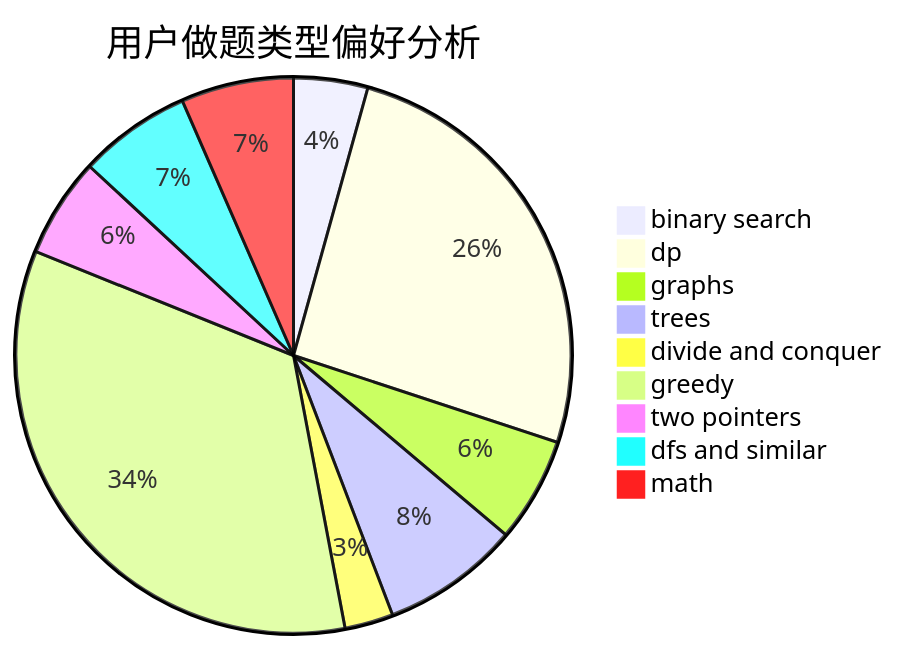
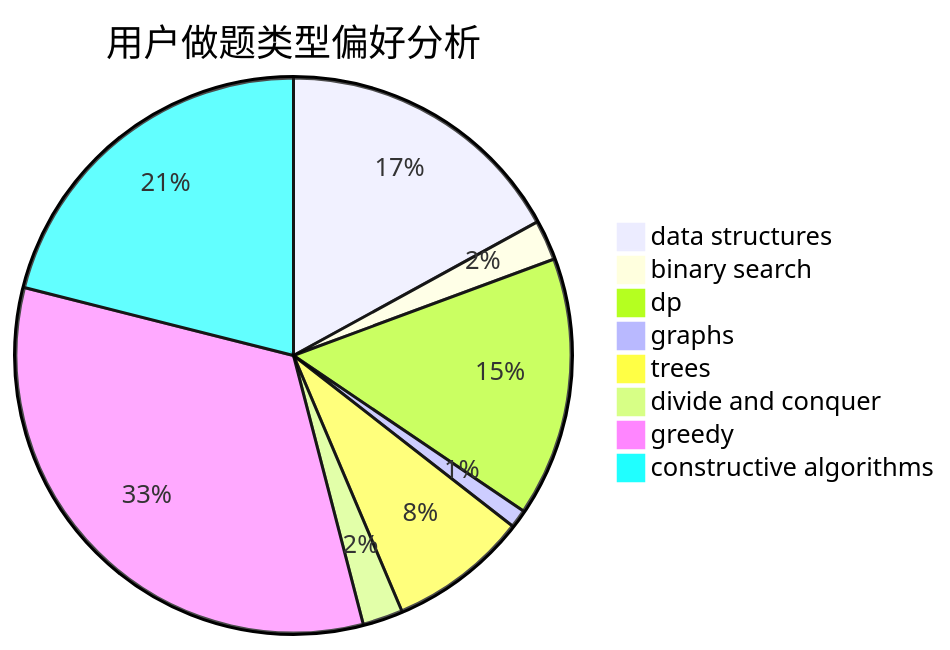
Before and after one commit to sherpahu/cfrs.github.io: the second of 3 diagrams in docs/user/u2456.md, drawn with Mermaid. The commit also changed other lines of this file and 2775 other files, not shown here.

````diff
--- a/docs/user/u2456.md
+++ b/docs/user/u2456.md
@@ -23,12 +23,11 @@
 ```mermaid
 pie title 用户做题类型偏好分析
-    "binary search" :  29
-    "dp" :  173
-    "graphs" :  41
-    "trees" :  54
-    "divide and conquer" :  19
-    "greedy" :  229
-    "two pointers" :  39
-    "dfs and similar" :  44
-    "math" :  44
+    "data structures" :  80
+    "binary search" :  11
+    "dp" :  71
+    "graphs" :  5
+    "trees" :  38
+    "divide and conquer" :  11
+    "greedy" :  155
+    "constructive algorithms" :  99
 ```
````
